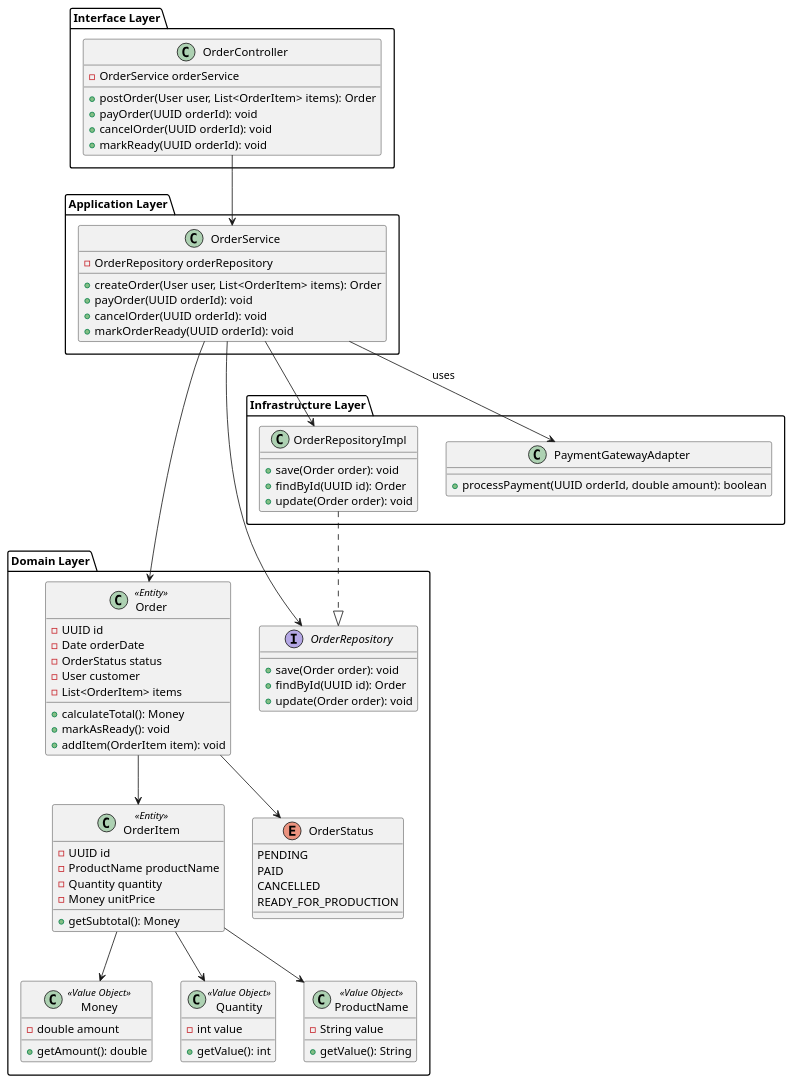
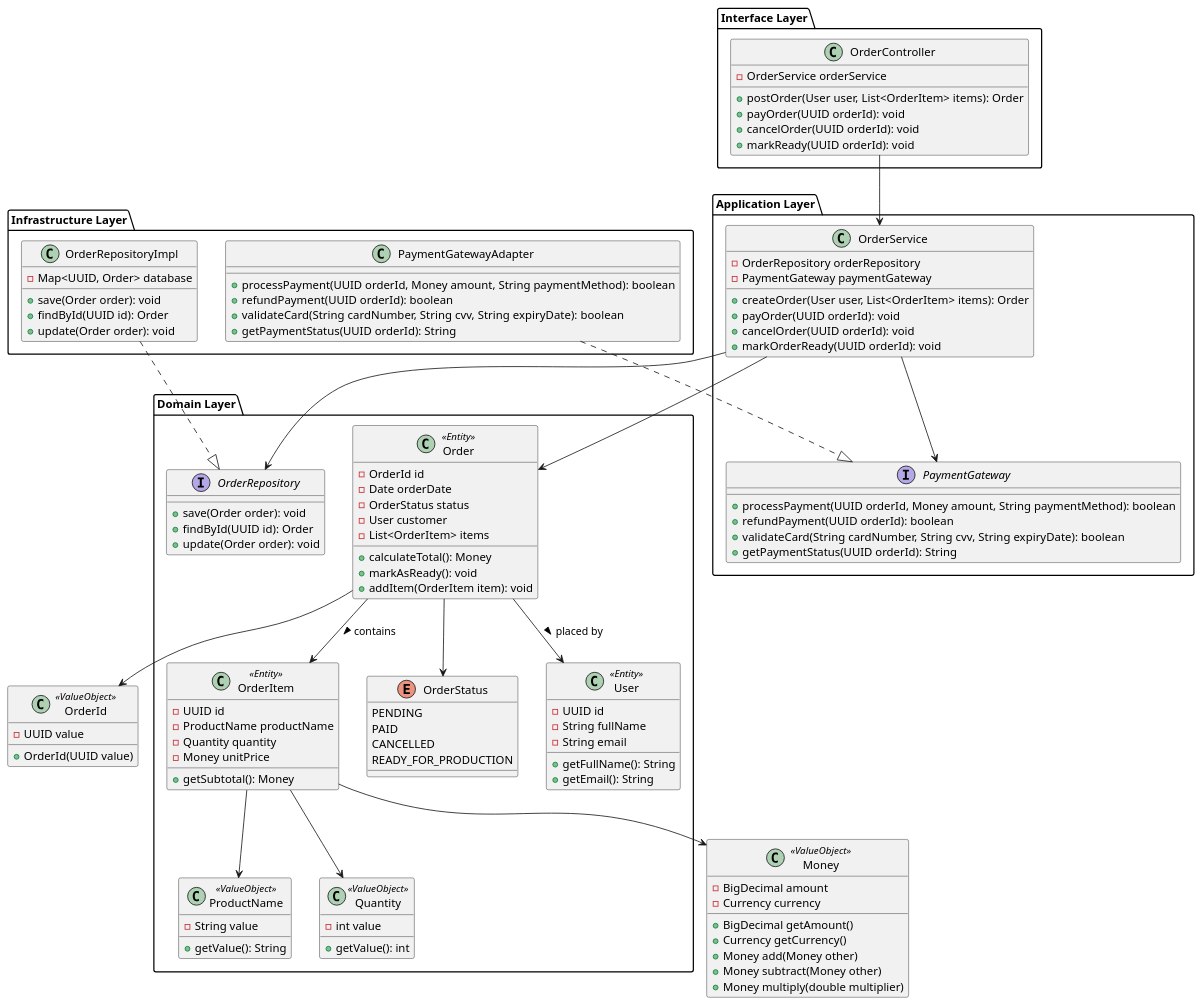
Before and after one commit to JonatanFD/diagrama-clase: the diagram in Order processing.puml, drawn with PlantUML. The commit also changed 7 other files, not shown here.

```diff
--- a/Order processing.puml
+++ b/Order processing.puml
@@ -1,115 +1,149 @@
 @startuml
 ' =============================
 ' DOMAIN LAYER
 ' =============================
+
+class OrderId <<ValueObject>> {
+    - UUID value
+  + OrderId(UUID value)
+}
+
+ class Money <<ValueObject>> {
+      - BigDecimal amount
+      - Currency currency
+      + BigDecimal getAmount()
+      + Currency getCurrency()
+      + Money add(Money other)
+      + Money subtract(Money other)
+      + Money multiply(double multiplier)
+    }
+
 package "Domain Layer" {
 
   class Order <<Entity>> {
-    - UUID id
+    - OrderId id
     - Date orderDate
     - OrderStatus status
     - User customer
     - List<OrderItem> items
     + calculateTotal(): Money
     + markAsReady(): void
     + addItem(OrderItem item): void
   }
+
+  Order --> OrderId
 
   class OrderItem <<Entity>> {
     - UUID id
     - ProductName productName
     - Quantity quantity
     - Money unitPrice
     + getSubtotal(): Money
   }
 
   enum OrderStatus {
     PENDING
     PAID
     CANCELLED
     READY_FOR_PRODUCTION
   }
 
   interface OrderRepository {
     + save(Order order): void
     + findById(UUID id): Order
     + update(Order order): void
   }
 
-  ' === Value Objects ===
-  class Money <<Value Object>> {
-    - double amount
-    + getAmount(): double
-  }
-
-  class Quantity <<Value Object>> {
+  class Quantity <<ValueObject>> {
     - int value
     + getValue(): int
   }
 
-  class ProductName <<Value Object>> {
+  class ProductName <<ValueObject>> {
     - String value
     + getValue(): String
   }
 
-  Order --> OrderItem
+  class User <<Entity>> {
+    - UUID id
+    - String fullName
+    - String email
+    + getFullName(): String
+    + getEmail(): String
+  }
+
+  Order --> OrderItem : contains >
   Order --> OrderStatus
+  Order --> User : placed by >
   OrderItem --> Money
   OrderItem --> Quantity
   OrderItem --> ProductName
 }
 
 ' =============================
 ' APPLICATION LAYER
 ' =============================
+
+
 package "Application Layer" {
+
+  interface PaymentGateway {
+    + processPayment(UUID orderId, Money amount, String paymentMethod): boolean
+    + refundPayment(UUID orderId): boolean
+    + validateCard(String cardNumber, String cvv, String expiryDate): boolean
+    + getPaymentStatus(UUID orderId): String
+  }
 
   class OrderService {
     - OrderRepository orderRepository
+    - PaymentGateway paymentGateway
     + createOrder(User user, List<OrderItem> items): Order
     + payOrder(UUID orderId): void
     + cancelOrder(UUID orderId): void
     + markOrderReady(UUID orderId): void
   }
 
   OrderService --> Order
   OrderService --> OrderRepository
+  OrderService --> PaymentGateway
 }
 
 ' =============================
 ' INFRASTRUCTURE LAYER
 ' =============================
 package "Infrastructure Layer" {
 
   class OrderRepositoryImpl {
+    - Map<UUID, Order> database
     + save(Order order): void
     + findById(UUID id): Order
     + update(Order order): void
   }
 
-  OrderRepositoryImpl ..|> OrderRepository
-
   class PaymentGatewayAdapter {
-    + processPayment(UUID orderId, double amount): boolean
+    + processPayment(UUID orderId, Money amount, String paymentMethod): boolean
+    + refundPayment(UUID orderId): boolean
+    + validateCard(String cardNumber, String cvv, String expiryDate): boolean
+    + getPaymentStatus(UUID orderId): String
   }
 
-  OrderService --> OrderRepositoryImpl
-  OrderService --> PaymentGatewayAdapter : uses
+  OrderRepositoryImpl ..|> OrderRepository
+  PaymentGatewayAdapter ..|> PaymentGateway
 }
 
 ' =============================
 ' INTERFACE LAYER
 ' =============================
 package "Interface Layer" {
 
   class OrderController {
     - OrderService orderService
     + postOrder(User user, List<OrderItem> items): Order
     + payOrder(UUID orderId): void
     + cancelOrder(UUID orderId): void
     + markReady(UUID orderId): void
   }
 
   OrderController --> OrderService
 }
 @enduml
```
